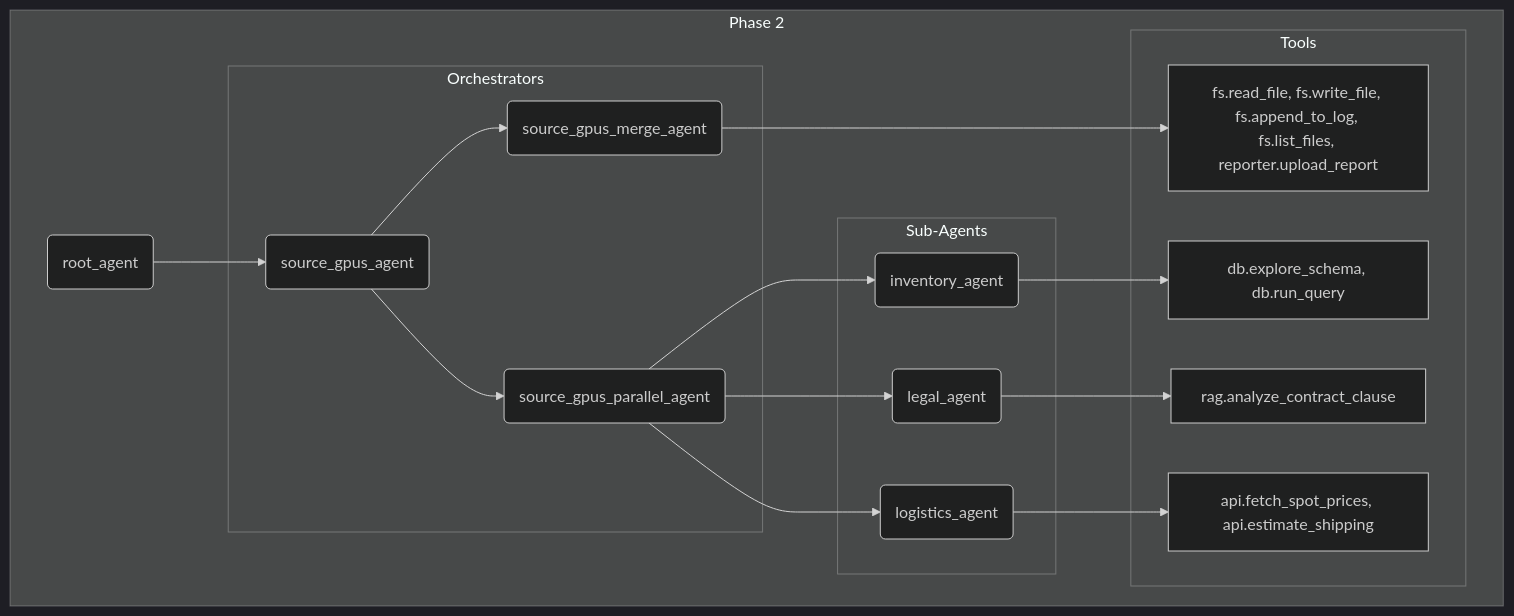
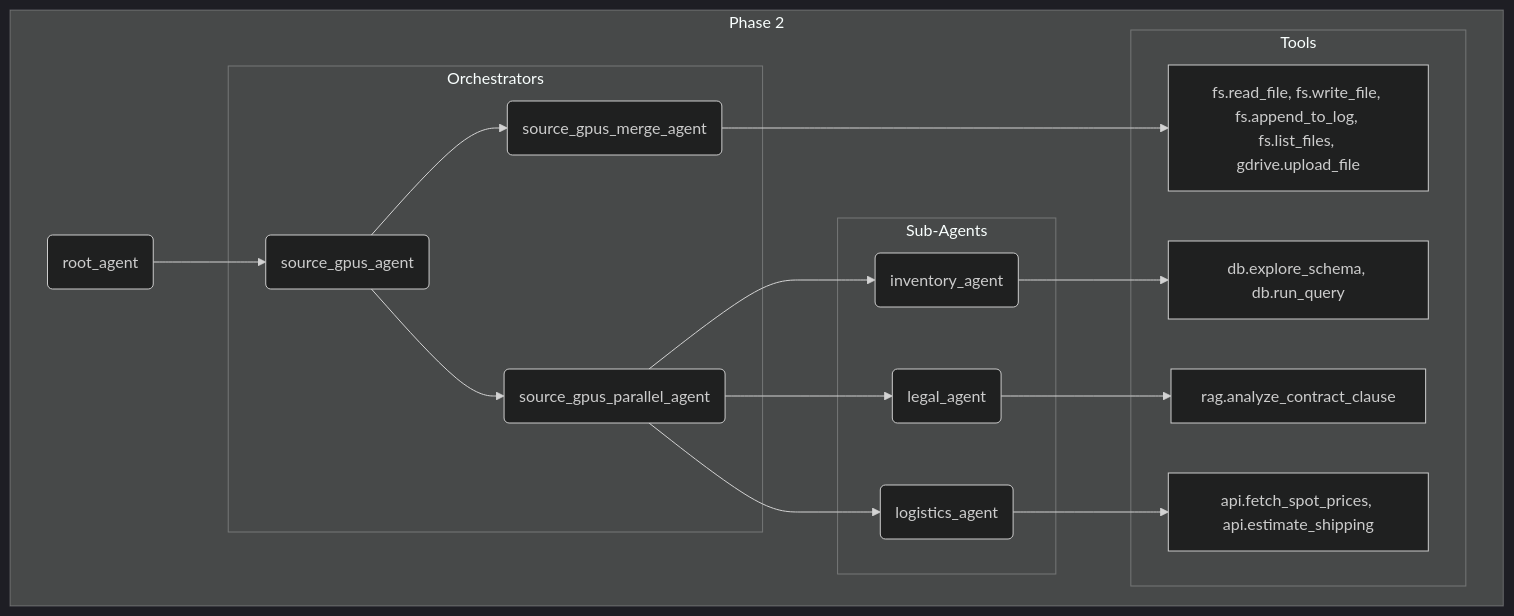
Before and after one commit to misha-chertushkin/gpu_procurement_lab: the second of 2 diagrams in README.md, drawn with Mermaid (dark theme). The commit also changed other lines of this file and 10 other files, not shown here.

````diff
--- a/README.md
+++ b/README.md
@@ -111,38 +111,38 @@
 ```mermaid
 graph TD
     subgraph "Phase 2"
         root_agent_P2("root_agent");
 
         subgraph "Orchestrators"
             source_gpus_agent("source_gpus_agent");
             source_gpus_parallel_agent("source_gpus_parallel_agent");
             source_gpus_merge_agent("source_gpus_merge_agent");
         end
 
         subgraph "Sub-Agents"
             inventory_agent_P2("inventory_agent");
             legal_agent_P2("legal_agent");
             logistics_agent_P2("logistics_agent");
         end
 
         subgraph "Tools"
-            MergeTools_P2["fs.read_file, fs.write_file, fs.append_to_log, fs.list_files, reporter.upload_report"];
+            MergeTools_P2["fs.read_file, fs.write_file, fs.append_to_log, fs.list_files, gdrive.upload_file"];
             InventoryTools_P2["db.explore_schema, db.run_query"];
             LegalTools_P2["rag.analyze_contract_clause"];
             LogisticsTools_P2["api.fetch_spot_prices, api.estimate_shipping"];
         end
 
         root_agent_P2 --> source_gpus_agent;
         source_gpus_agent --> source_gpus_parallel_agent;
         source_gpus_agent --> source_gpus_merge_agent;
 
         source_gpus_parallel_agent --> inventory_agent_P2;
         source_gpus_parallel_agent --> legal_agent_P2;
         source_gpus_parallel_agent --> logistics_agent_P2;
 
         source_gpus_merge_agent --> MergeTools_P2;
         inventory_agent_P2 --> InventoryTools_P2;
         legal_agent_P2 --> LegalTools_P2;
         logistics_agent_P2 --> LogisticsTools_P2;
     end
 ```
````
